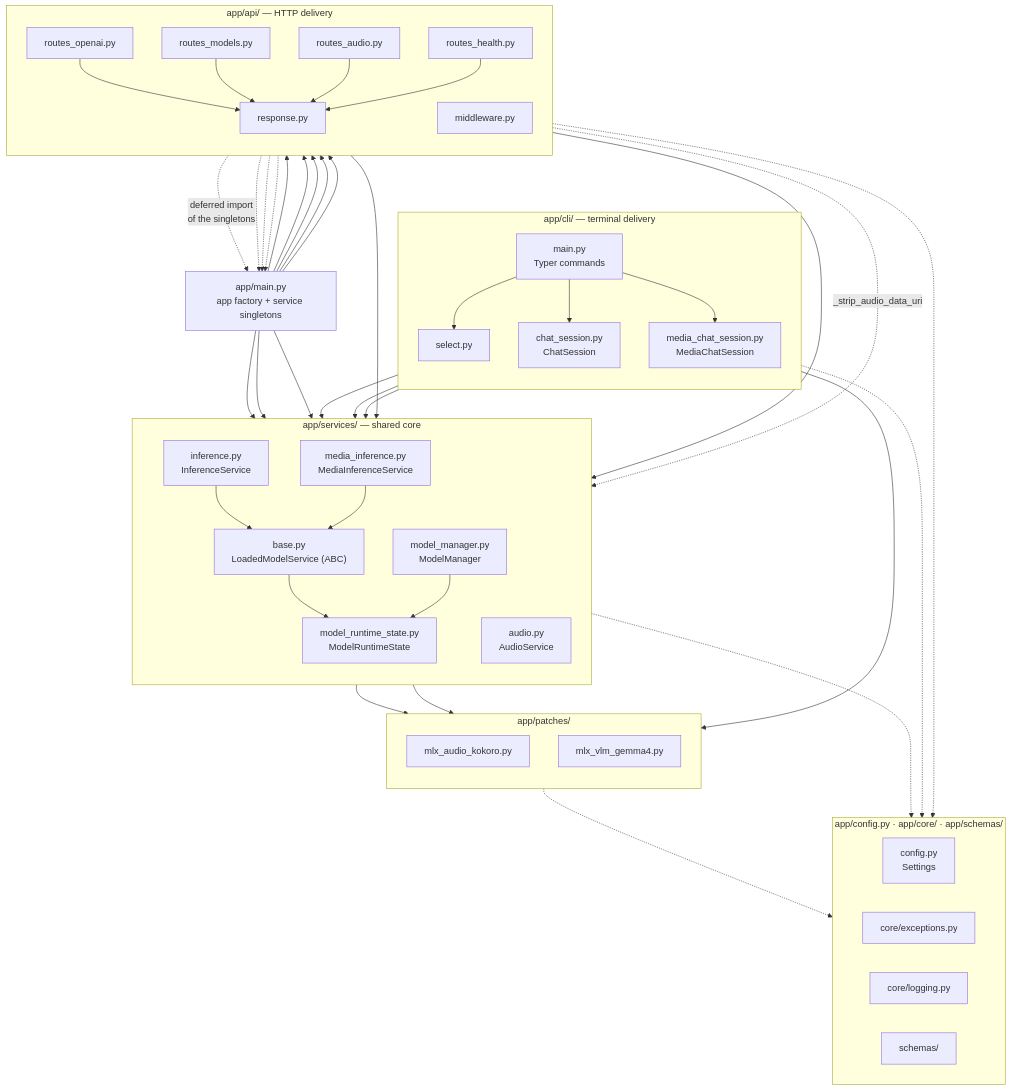
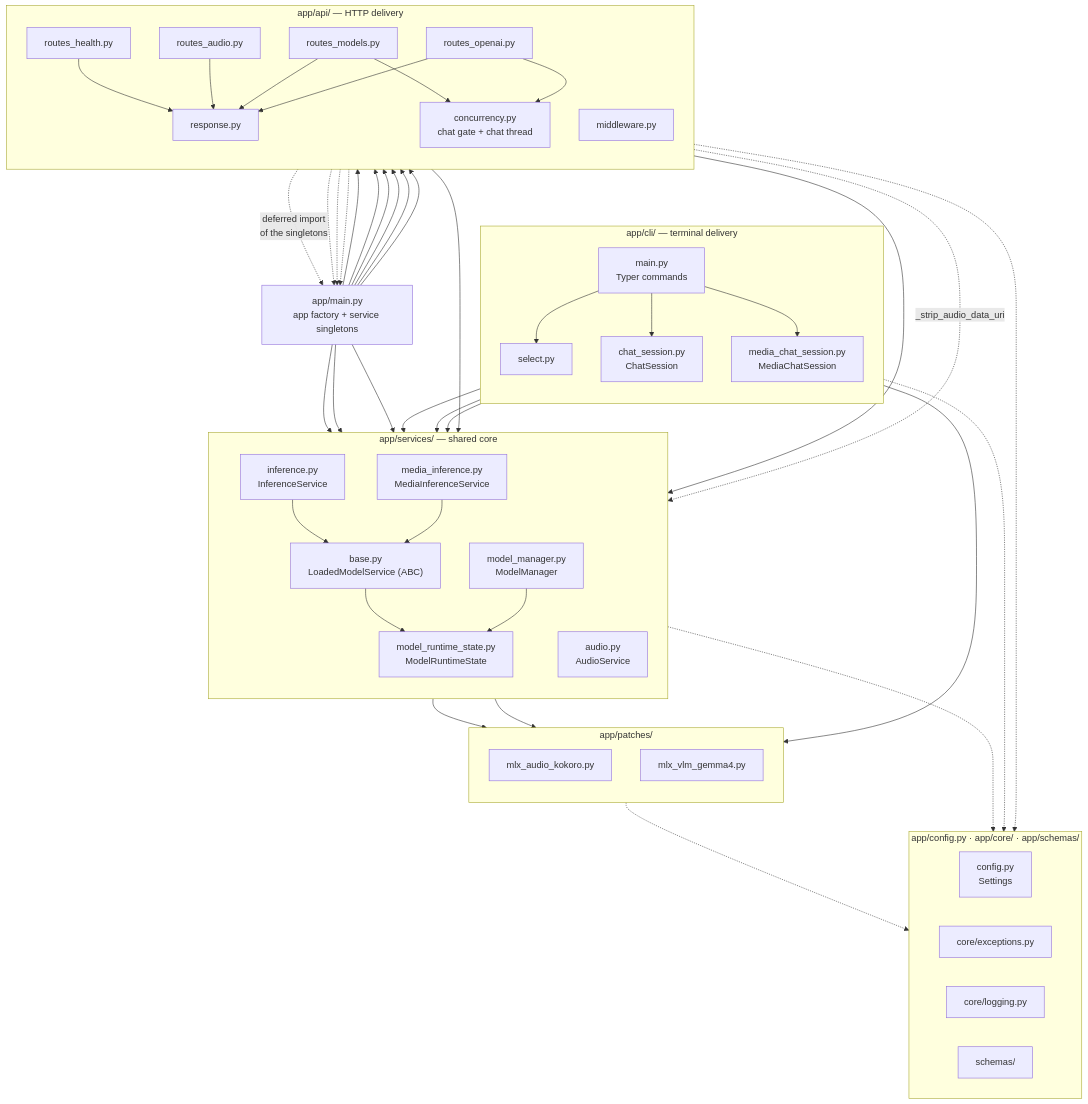
Before and after one commit to NVJ9SINGHNAVJOT/ai-service: the third of 6 diagrams in docs/system-design.md, drawn with Mermaid. The commit also changed other lines of this file and 12 other files, not shown here.

```diff
--- a/docs/system-design.md
+++ b/docs/system-design.md
@@ -113,6 +113,7 @@
         rh["routes_health.py"]
         mw["middleware.py"]
         resp["response.py"]
+        conc["concurrency.py<br/>chat gate + chat thread"]
     end
 
     subgraph cli["app/cli/ — terminal delivery"]
@@ -149,9 +150,12 @@
 
     appmain --> ro & rm & ra & rh
     appmain --> mw
+    appmain --> conc
     appmain --> inf & minf & aud
 
     ro --> resp
+    ro --> conc
+    rm --> conc
     rm --> resp
     ra --> resp
     rh --> resp
```
